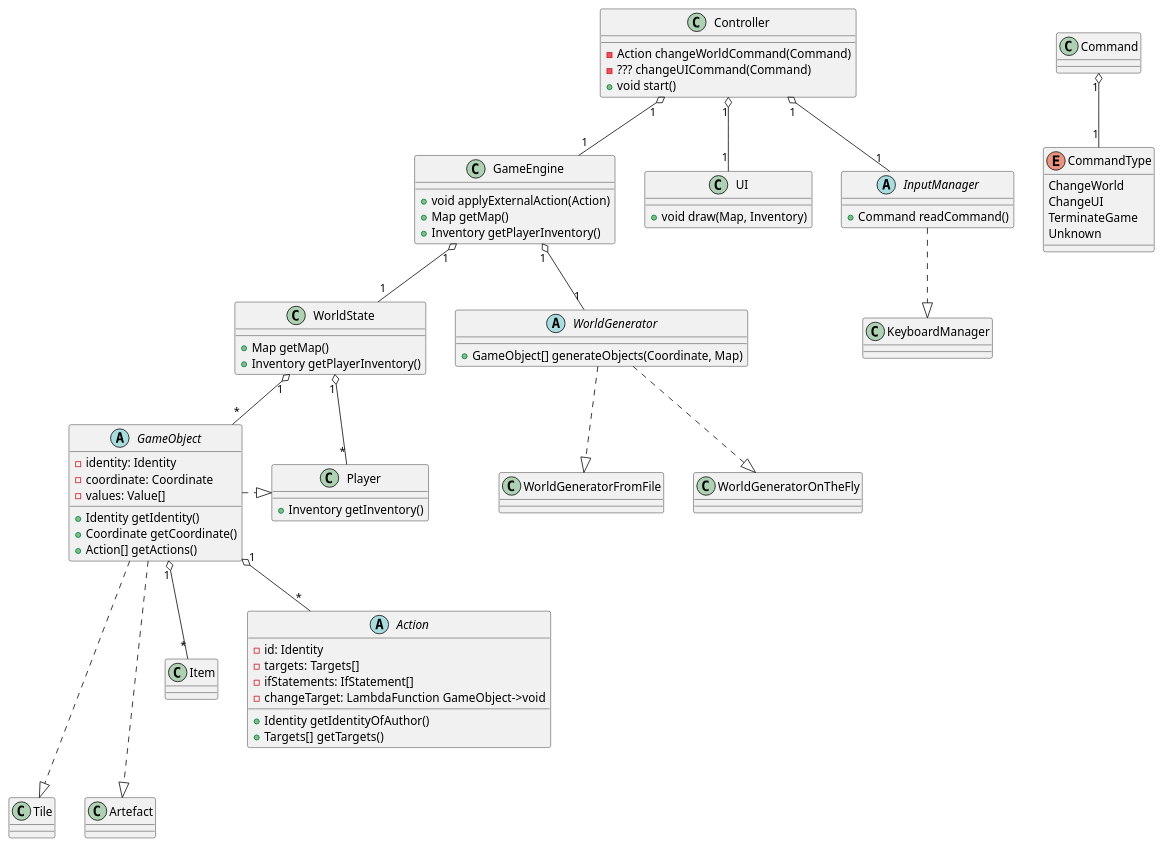
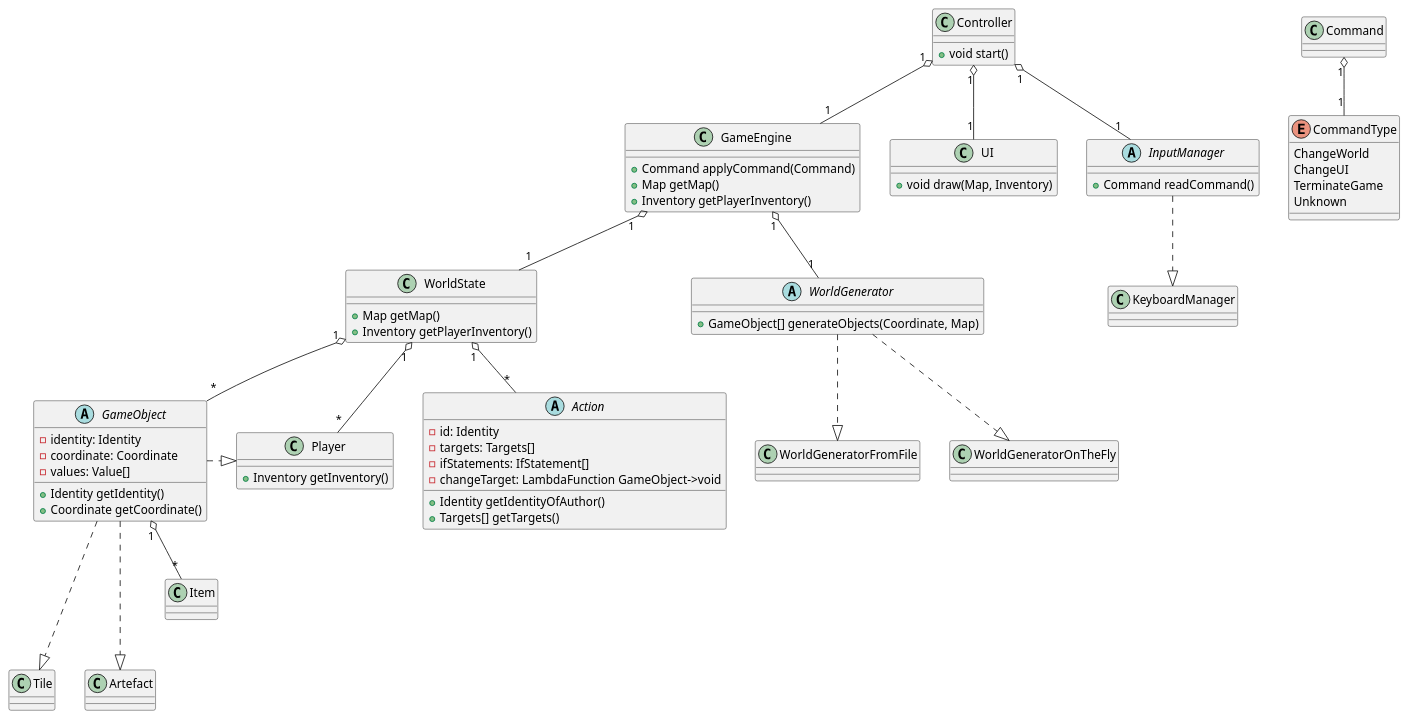
The diagram in architecture/class.puml (ruthenium96/roguelike), drawn with PlantUML before and after one commit. The commit also changed 30 other files, not shown here.

```diff
--- a/architecture/class.puml
+++ b/architecture/class.puml
@@ -1,114 +1,111 @@
 @startuml
 'https://plantuml.com/class-diagram
 
 'The main class controlling game logic, UI and user input.
 class Controller {
-- Action changeWorldCommand(Command)
-- ??? changeUICommand(Command)
 'Start game.
 + void start()
 }
 
 Controller "1" o-- "1" GameEngine
 Controller "1" o-- "1" UI
 Controller "1" o-- "1" InputManager
 
 'INPUT SECTION:
 abstract InputManager {
 'This function waits for user input and returns Command.
 +Command readCommand()
 }
 
 InputManager -.|> KeyboardManager
 
 class Command {
 }
 
 Command "1" o-- "1" CommandType
 
 enum CommandType {
 ChangeWorld
 ChangeUI
 TerminateGame
 Unknown
 }
 
 'UI SECTION:
 
 class UI {
 'Draws game, based on Map and Inventory information.
 +void draw(Map, Inventory)
 }
 
 'WORLD LOGIC SECTION
 
 class GameEngine {
 'Takes Action from Controller and apply it to WorldState.
-+ void applyExternalAction(Action)
++ Command applyCommand(Command)
 'Get Map, based on WorldState.
 + Map getMap()
 'Get Inventory of Player, based on WorldState.
 + Inventory getPlayerInventory()
 }
 
 GameEngine "1" o-- "1" WorldState
 GameEngine "1" o-- "1" WorldGenerator
 
 abstract WorldGenerator {
 'Return GameObjects on new Coordinate, using information from Map.
 + GameObject[] generateObjects(Coordinate, Map)
 }
 
 WorldGenerator -.|> WorldGeneratorFromFile
 WorldGenerator -.|> WorldGeneratorOnTheFly
 
 class WorldState {
 'Return Map.
 + Map getMap()
 'Return Inventory of Player.
 + Inventory getPlayerInventory()
 }
 
 WorldState "1" o-- "*" GameObject
 WorldState "1" o-- "*" Player
 
 'Object is something with Coordinate, Item[], Action[]
 abstract class GameObject {
 - identity: Identity
 + Identity getIdentity()
 - coordinate: Coordinate
 + Coordinate getCoordinate()
-+ Action[] getActions()
 - values: Value[]
 }
 
 'Player is self-explaining
 class Player {
 +Inventory getInventory()
 }
 'Tile is something like floor, each coordinate has to have one Tile
 class Tile
 'Artefact is something able to hold Item (like chest or just item).
 'It is required because Item is not GameObject.
 class Artefact
 
 GameObject --.|> Tile
 GameObject .|> Player
 GameObject --.|> Artefact
 
 'Item is self-explaining
 class Item
 'Action is attempt of GameObject to change the World (including itself)
 abstract class Action {
 - id: Identity
 + Identity getIdentityOfAuthor()
 - targets: Targets[]
 + Targets[] getTargets()
 - ifStatements: IfStatement[]
 - changeTarget: LambdaFunction GameObject->void
 }
 
 GameObject "1" o-- "*" Item
-GameObject "1" o-- "*" Action
+WorldState "1" o-- "*" Action
 
 @enduml
```
